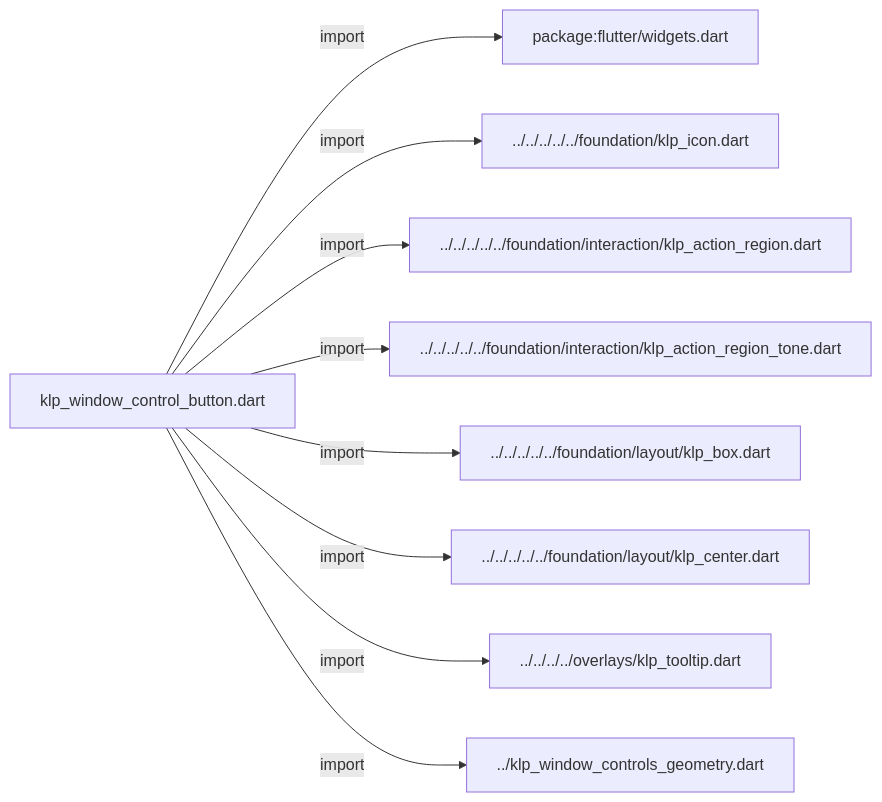
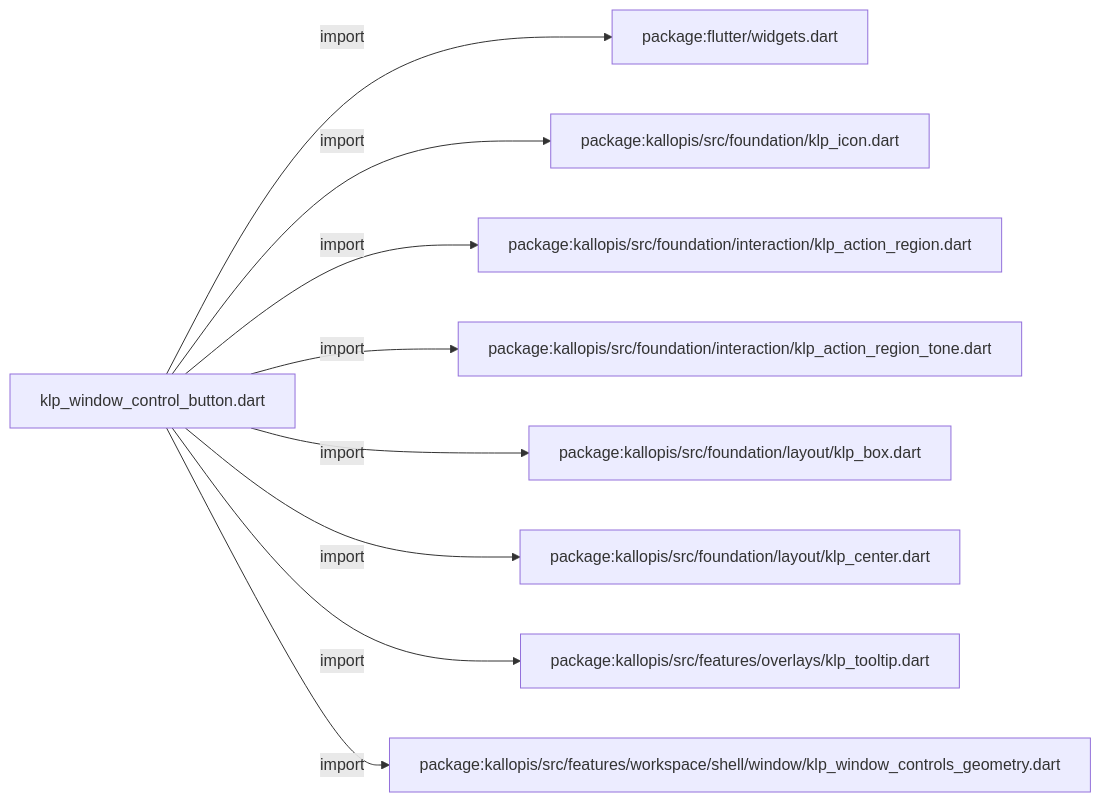
One commit to MiuDog/Kallopis changed the first of 3 diagrams in docs/architecture/src/features/workspace/shell/window/internal/klp_window_control_button.md. Above: the diagram before and after it, drawn with Mermaid. The commit also changed other lines of this file and 9688 other files, not shown here.

Commit message:
Prepare isolated Flow F2 peer baseline

````diff
--- a/docs/architecture/src/features/workspace/shell/window/internal/klp_window_control_button.md
+++ b/docs/architecture/src/features/workspace/shell/window/internal/klp_window_control_button.md
@@ -11,20 +11,20 @@
 ```mermaid
 flowchart LR
 	n0["klp_window_control_button.dart"]
 	n1["package:flutter/widgets.dart"]
-	n2["../../../../../foundation/klp_icon.dart"]
-	n3["../../../../../foundation/interaction/klp_action_region.dart"]
-	n4["../../../../../foundation/interaction/klp_action_region_tone.dart"]
-	n5["../../../../../foundation/layout/klp_box.dart"]
-	n6["../../../../../foundation/layout/klp_center.dart"]
-	n7["../../../../overlays/klp_tooltip.dart"]
-	n8["../klp_window_controls_geometry.dart"]
+	n2["package:kallopis/src/foundation/klp_icon.dart"]
+	n3["package:kallopis/src/foundation/interaction/klp_action_region.dart"]
+	n4["package:kallopis/src/foundation/interaction/klp_action_region_tone.dart"]
+	n5["package:kallopis/src/foundation/layout/klp_box.dart"]
+	n6["package:kallopis/src/foundation/layout/klp_center.dart"]
+	n7["package:kallopis/src/features/overlays/klp_tooltip.dart"]
+	n8["package:kallopis/src/features/workspace/shell/window/klp_window_controls_geometry.dart"]
 	n0 -->|"import"| n1
 	n0 -->|"import"| n2
 	n0 -->|"import"| n3
 	n0 -->|"import"| n4
 	n0 -->|"import"| n5
 	n0 -->|"import"| n6
 	n0 -->|"import"| n7
 	n0 -->|"import"| n8
 ```
````
